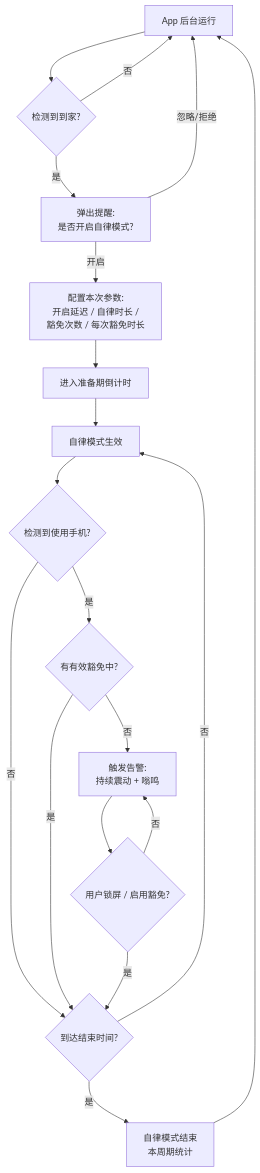
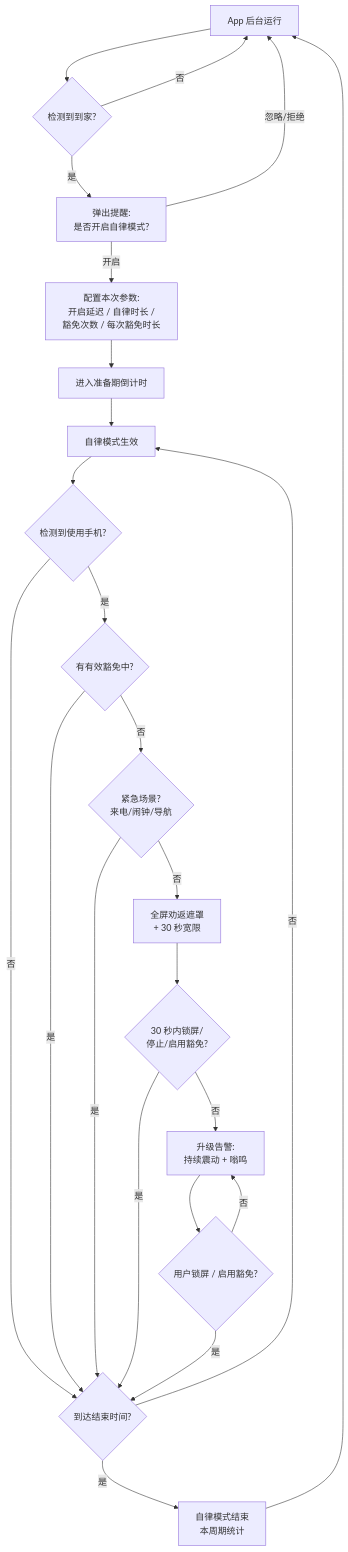
One commit to atuowgo/c-spbox changed the first of 2 diagrams in docs/design.md. Above: the diagram before and after it, drawn with Mermaid. The commit also changed other lines of this file, not shown here.

````diff
--- a/docs/design.md
+++ b/docs/design.md
@@ -46,21 +46,26 @@
 ```mermaid
 flowchart TD
     A[App 后台运行] --> B{检测到到家?}
     B -- 否 --> A
     B -- 是 --> C[弹出提醒:<br/>是否开启自律模式?]
     C -- 忽略/拒绝 --> A
     C -- 开启 --> D[配置本次参数:<br/>开启延迟 / 自律时长 /<br/>豁免次数 / 每次豁免时长]
     D --> E[进入准备期倒计时]
     E --> F[自律模式生效]
     F --> G{检测到使用手机?}
     G -- 否 --> H{到达结束时间?}
     G -- 是 --> I{有有效豁免中?}
     I -- 是 --> H
-    I -- 否 --> J[触发告警:<br/>持续震动 + 嗡鸣]
+    I -- 否 --> M{紧急场景?<br/>来电/闹钟/导航}
+    M -- 是 --> H
+    M -- 否 --> N[全屏劝返遮罩<br/>+ 30 秒宽限]
+    N --> O{30 秒内锁屏/<br/>停止/启用豁免?}
+    O -- 是 --> H
+    O -- 否 --> J[升级告警:<br/>持续震动 + 嗡鸣]
     J --> K{用户锁屏 / 启用豁免?}
     K -- 是 --> H
     K -- 否 --> J
     H -- 否 --> F
     H -- 是 --> L[自律模式结束<br/>本周期统计]
     L --> A
 ```
````
